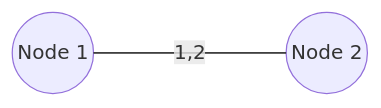
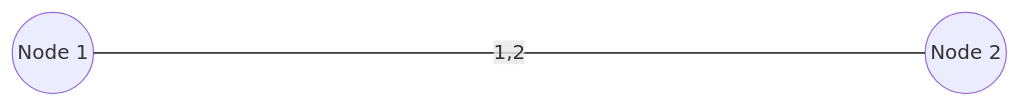
Before and after one commit to MarthinL/fedist: the fifth of 8 diagrams in README.md, drawn with Mermaid. The commit also changed other lines of this file, not shown here.

````diff
--- a/README.md
+++ b/README.md
@@ -187,9 +187,9 @@
 ```mermaid
 block-beta
-    columns 4
+    columns 11
     A(("Node 1")):1
-    space:2
+    space:9
     B(("Node 2")):1
     A --- B
     B --"1,2"--- A
 ```
````
